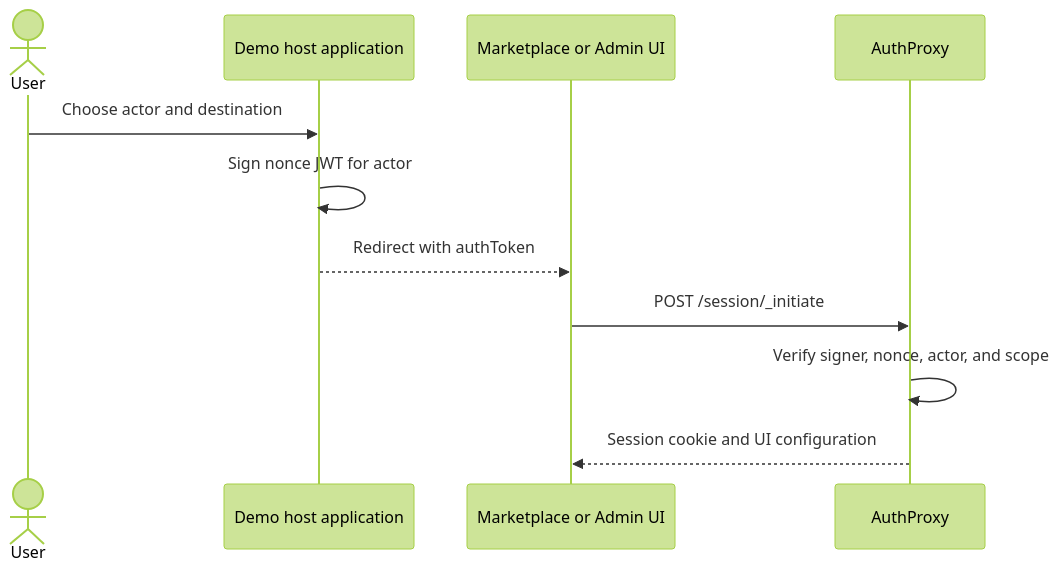
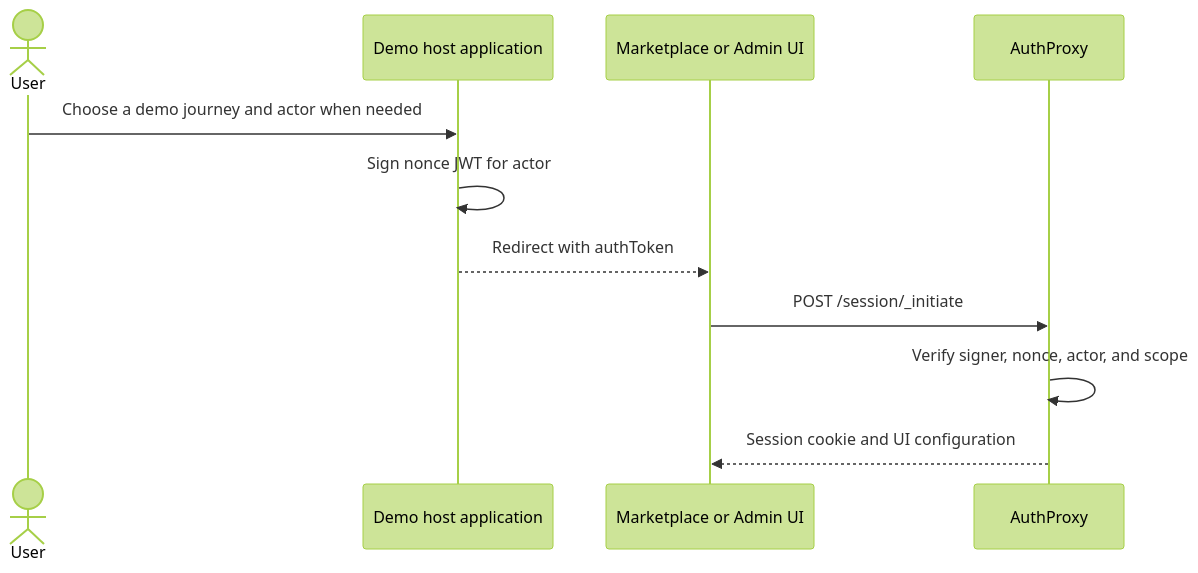
Before and after one commit to rmorlok/authproxy: the diagram in docs/src/content/docs/getting-started/demo.md, drawn with Mermaid (forest theme). The commit also changed other lines of this file and 10 other files, not shown here.

Commit message:
feat(demo): add guided demo shell

````diff
--- a/docs/src/content/docs/getting-started/demo.md
+++ b/docs/src/content/docs/getting-started/demo.md
@@ -23,14 +25,14 @@
 ```mermaid
 sequenceDiagram
     actor User
     participant Shell as Demo host application
     participant UI as Marketplace or Admin UI
     participant AP as AuthProxy
 
-    User->>Shell: Choose actor and destination
+    User->>Shell: Choose a demo journey and actor when needed
     Shell->>Shell: Sign nonce JWT for actor
     Shell-->>UI: Redirect with authToken
     UI->>AP: POST /session/_initiate
     AP->>AP: Verify signer, nonce, actor, and scope
     AP-->>UI: Session cookie and UI configuration
 ```
````
